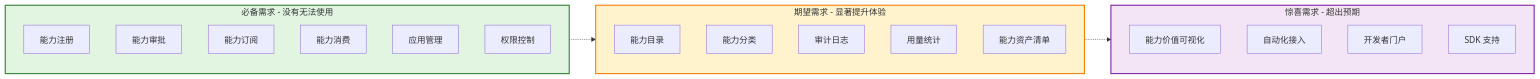
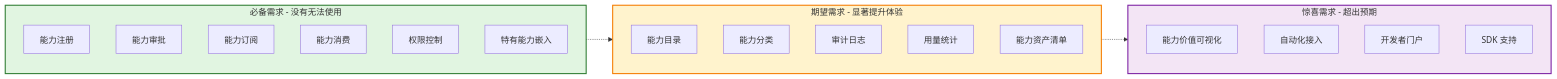
The seventh of 11 diagrams in open-app/.sdd/specs-tree-root/specs-tree-capability-open-platform/discovery-report.md (THZSummer/Product), drawn with Mermaid before and after one commit. The commit also changed other lines of this file, not shown here.

````diff
--- a/open-app/.sdd/specs-tree-root/specs-tree-capability-open-platform/discovery-report.md
+++ b/open-app/.sdd/specs-tree-root/specs-tree-capability-open-platform/discovery-report.md
@@ -309,32 +312,32 @@
 ```mermaid
 graph LR
     subgraph Must_Have[必备需求 - 没有无法使用]
         M1[能力注册]
         M2[能力审批]
         M3[能力订阅]
         M4[能力消费]
-        M5[应用管理]
-        M6[权限控制]
+        M5[权限控制]
+        M6[特有能力嵌入]
     end
     
     subgraph Should_Have[期望需求 - 显著提升体验]
         S1[能力目录]
         S2[能力分类]
         S3[审计日志]
         S4[用量统计]
         S5[能力资产清单]
     end
     
     subgraph Could_Have[惊喜需求 - 超出预期]
         C1[能力价值可视化]
         C2[自动化接入]
         C3[开发者门户]
         C4[SDK 支持]
     end
     
     Must_Have -.-> Should_Have -.-> Could_Have
     
     style Must_Have fill:#e1f5e1,stroke:#2e7d32,stroke-width:2px
     style Should_Have fill:#fff3cd,stroke:#f57c00,stroke-width:2px
     style Could_Have fill:#f3e5f5,stroke:#7b1fa2,stroke-width:2px
 ```
````
